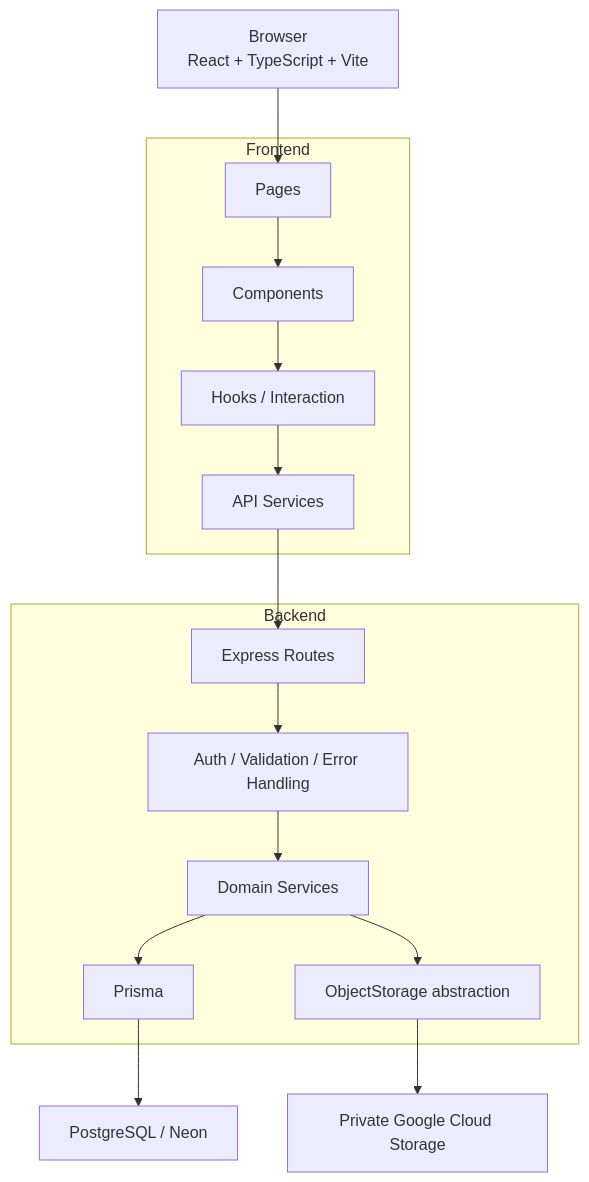
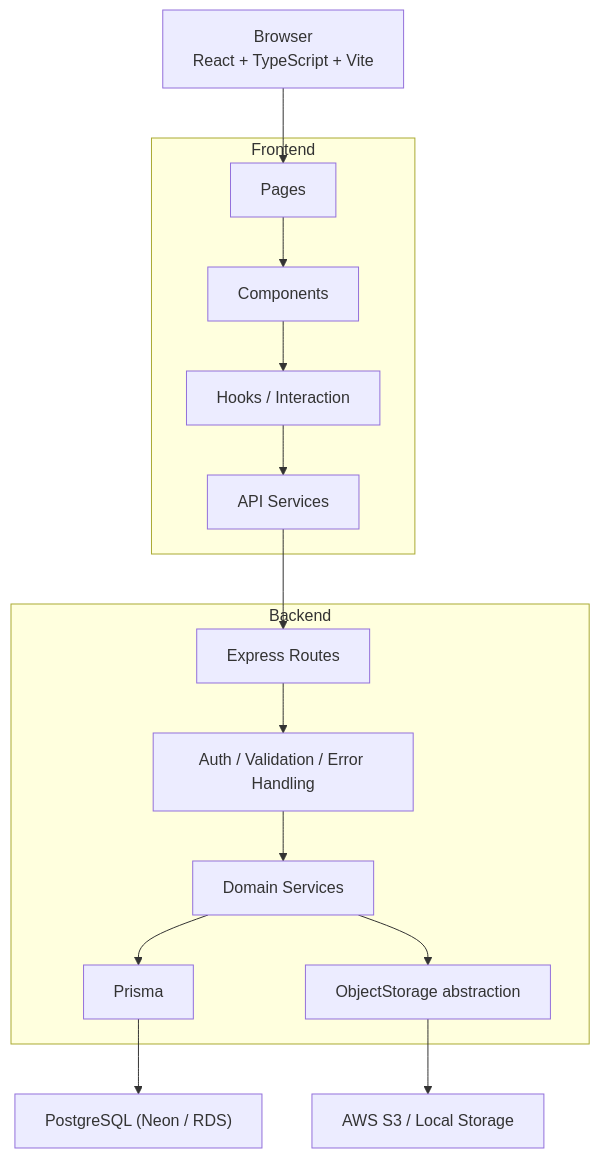
One commit to Dunkrick/nook changed the first of 4 diagrams in docs/architecture.md. Above: the diagram before and after it, drawn with Mermaid. The commit also changed other lines of this file and 9 other files, not shown here.

````diff
--- a/docs/architecture.md
+++ b/docs/architecture.md
@@ -17,34 +17,34 @@
 ```mermaid
 flowchart TD
     Browser["Browser<br/>React + TypeScript + Vite"]
 
     subgraph Frontend["Frontend"]
         Pages["Pages"]
         Components["Components"]
         Hooks["Hooks / Interaction"]
         Services["API Services"]
     end
 
     subgraph Backend["Backend"]
         Routes["Express Routes"]
         Middleware["Auth / Validation / Error Handling"]
         Domain["Domain Services"]
         Storage["ObjectStorage abstraction"]
         Prisma["Prisma"]
     end
 
-    DB["PostgreSQL / Neon"]
-    GCS["Private Google Cloud Storage"]
+    DB["PostgreSQL (Neon / RDS)"]
+    StorageTarget["AWS S3 / Local Storage"]
 
     Browser --> Pages
     Pages --> Components
     Components --> Hooks
     Hooks --> Services
     Services --> Routes
     Routes --> Middleware
     Middleware --> Domain
     Domain --> Prisma
     Prisma --> DB
     Domain --> Storage
-    Storage --> GCS
+    Storage --> StorageTarget
 ```
````
